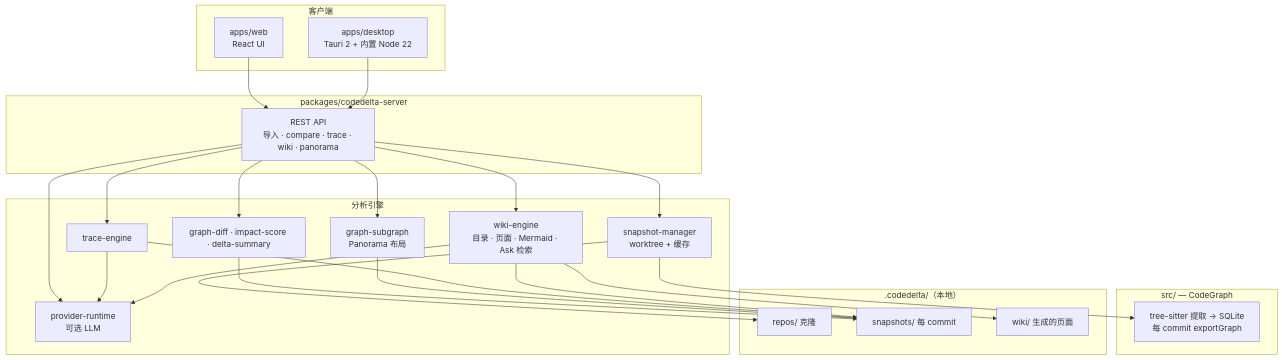
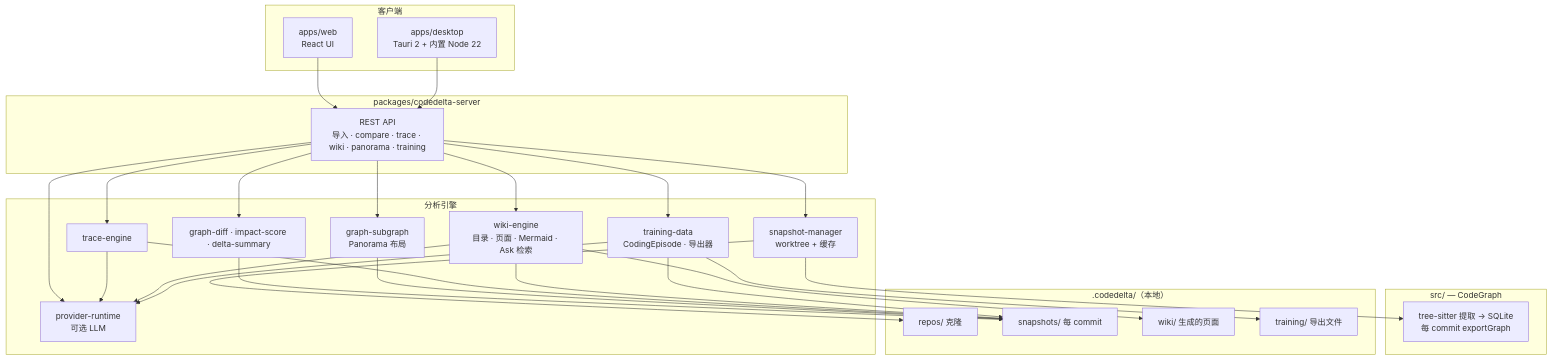
The second of 2 diagrams in README.zh-CN.md (ingeniousfrog/CodeDelta), drawn with Mermaid before and after one commit. The commit also changed other lines of this file and 9 other files, not shown here.

First line of the commit message:
chore(release): desktop v0.2.2 with Training Data docs and export UX

````diff
--- a/README.zh-CN.md
+++ b/README.zh-CN.md
@@ -72,48 +76,54 @@
 ```mermaid
 flowchart TB
   subgraph Clients["客户端"]
     Web["apps/web\nReact UI"]
     Desktop["apps/desktop\nTauri 2 + 内置 Node 22"]
   end
 
   subgraph Server["packages/codedelta-server"]
-    API["REST API\n导入 · compare · trace · wiki · panorama"]
+    API["REST API\n导入 · compare · trace · wiki · panorama · training"]
   end
 
   subgraph Engines["分析引擎"]
     Snap["snapshot-manager\nworktree + 缓存"]
     Diff["graph-diff · impact-score · delta-summary"]
     Sub["graph-subgraph\nPanorama 布局"]
     Trace["trace-engine"]
     WikiEng["wiki-engine\n目录 · 页面 · Mermaid · Ask 检索"]
+    TrainEng["training-data\nCodingEpisode · 导出器"]
     Prov["provider-runtime\n可选 LLM"]
   end
 
   subgraph Core["src/ — CodeGraph"]
     CG["tree-sitter 提取 → SQLite\n每 commit exportGraph"]
   end
 
   subgraph Cache[".codedelta/（本地）"]
     Repos["repos/ 克隆"]
     Snaps["snapshots/ 每 commit"]
     Wikis["wiki/ 生成的页面"]
+    TrainingCache["training/ 导出文件"]
   end
 
   Web --> API
   Desktop --> API
   API --> Snap
   API --> Diff
   API --> Sub
   API --> Trace
   API --> WikiEng
+  API --> TrainEng
   API --> Prov
   Snap --> CG
   Snap --> Repos
   Diff --> Snaps
   Sub --> Snaps
   Trace --> Snaps
   WikiEng --> Snaps
   WikiEng --> Wikis
+  TrainEng --> Snaps
+  TrainEng --> TrainingCache
   Trace --> Prov
   WikiEng --> Prov
+  TrainEng --> Prov
 ```
````
